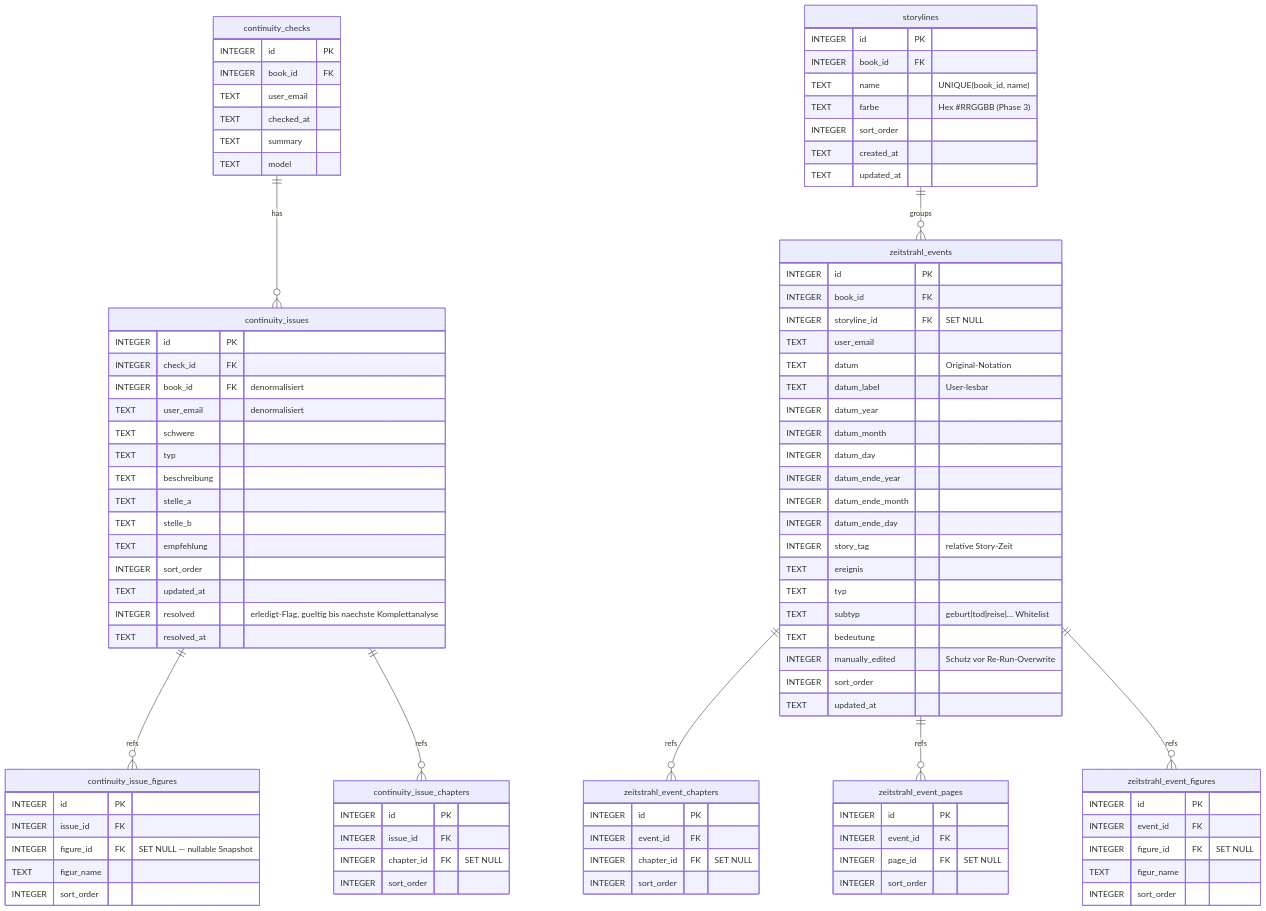
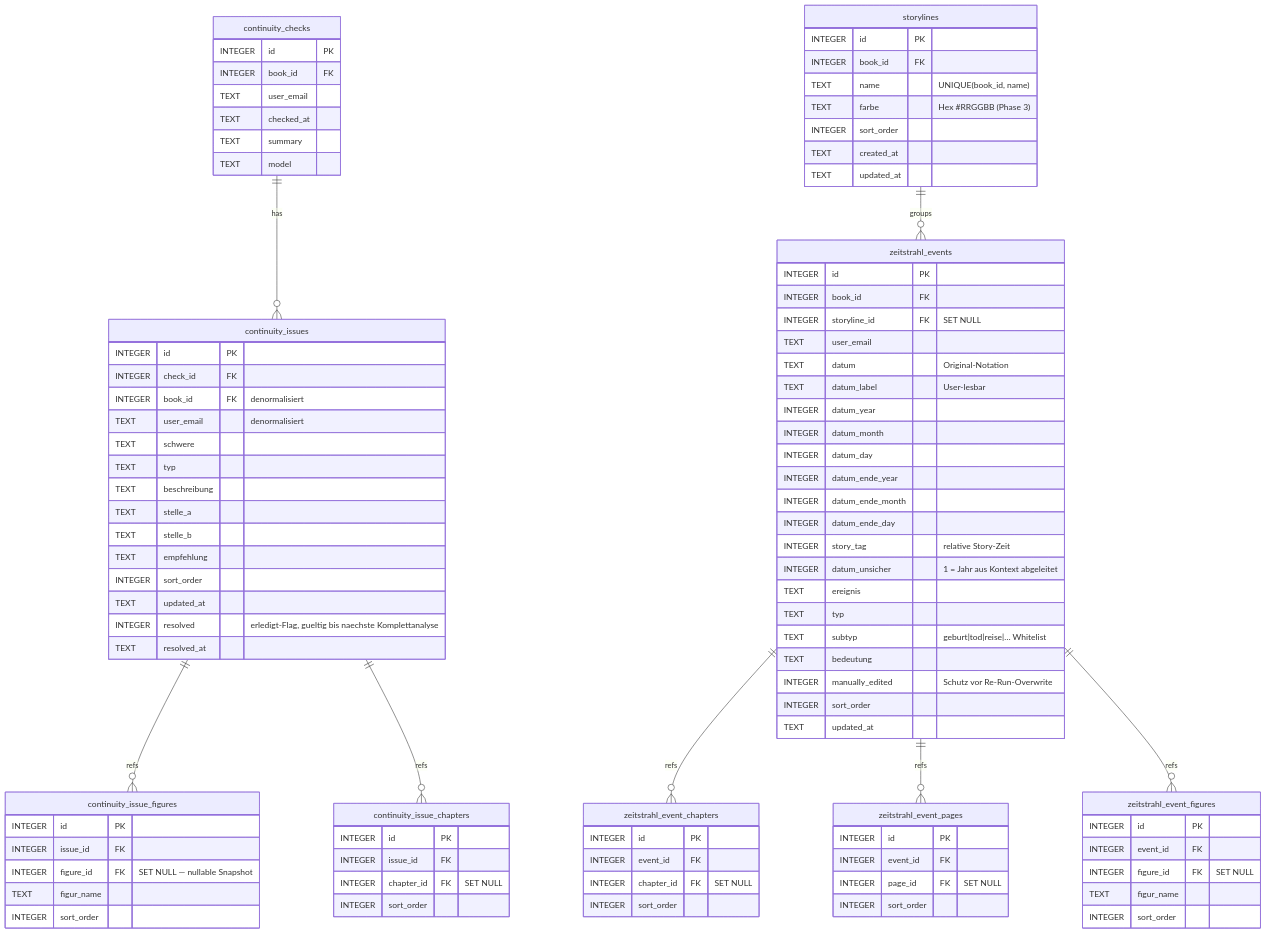
One commit to bedeberger/schreibwerkstatt changed the fifth of 6 diagrams in docs/erd.md. Above: the diagram before and after it, drawn with Mermaid. The commit also changed other lines of this file and 18 other files, not shown here.

```diff
--- a/docs/erd.md
+++ b/docs/erd.md
@@ -629,6 +630,7 @@
     INTEGER datum_ende_month
     INTEGER datum_ende_day
     INTEGER story_tag       "relative Story-Zeit"
+    INTEGER datum_unsicher   "1 = Jahr aus Kontext abgeleitet"
     TEXT    ereignis
     TEXT    typ
     TEXT    subtyp          "geburt|tod|reise|… Whitelist"
```
